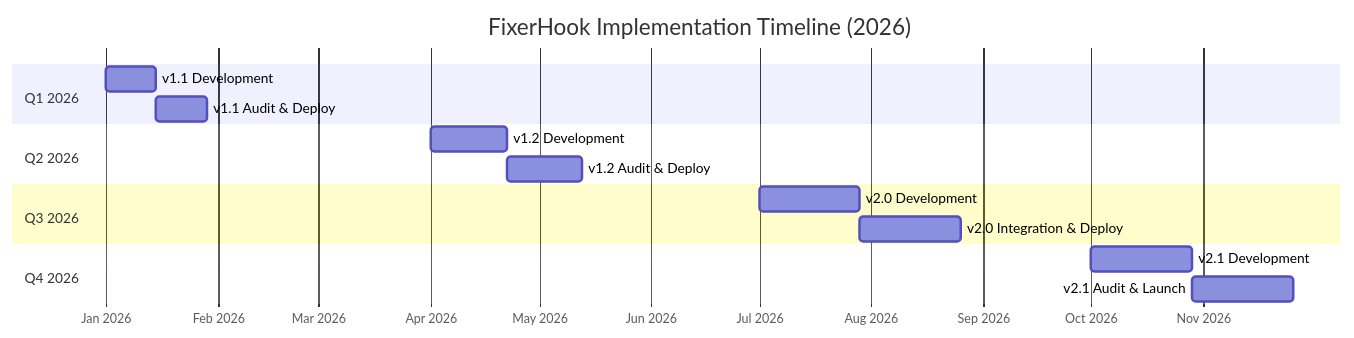
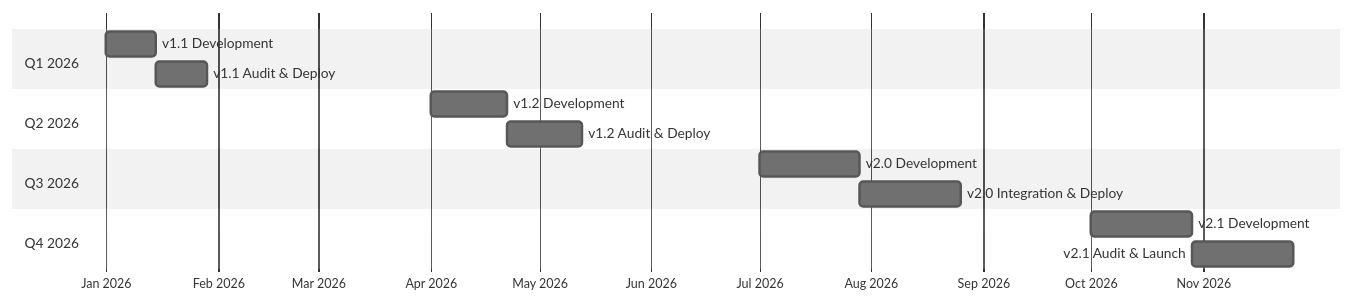
One commit to guglxni/the-fixer-hook changed the third of 3 diagrams in docs/FUTURE_ENHANCEMENTS.md. Above: the diagram before and after it, drawn with Mermaid. The commit also changed other lines of this file and 514 other files, not shown here.

Commit message:
Clean docs: remove emojis, add professional mermaid styling

````diff
--- a/docs/FUTURE_ENHANCEMENTS.md
+++ b/docs/FUTURE_ENHANCEMENTS.md
@@ -902,22 +898,18 @@
 ```mermaid
+%%{init: {'theme': 'neutral', 'themeVariables': { 'primaryColor': '#2563eb', 'primaryTextColor': '#1e293b', 'primaryBorderColor': '#3b82f6', 'lineColor': '#64748b', 'secondaryColor': '#f1f5f9', 'tertiaryColor': '#e2e8f0'}}}%%
 gantt
-    title FixerHook Implementation Timeline (2026)
     dateFormat YYYY-MM-DD
     axisFormat %b %Y
-
     section Q1 2026
     v1.1 Development          :2026-01-01, 14d
     v1.1 Audit & Deploy       :2026-01-15, 14d
-
     section Q2 2026
     v1.2 Development          :2026-04-01, 21d
     v1.2 Audit & Deploy       :2026-04-22, 21d
-
     section Q3 2026
     v2.0 Development          :2026-07-01, 28d
     v2.0 Integration & Deploy :2026-07-29, 28d
-
     section Q4 2026
     v2.1 Development          :2026-10-01, 28d
     v2.1 Audit & Launch       :2026-10-29, 28d
 ```
````
